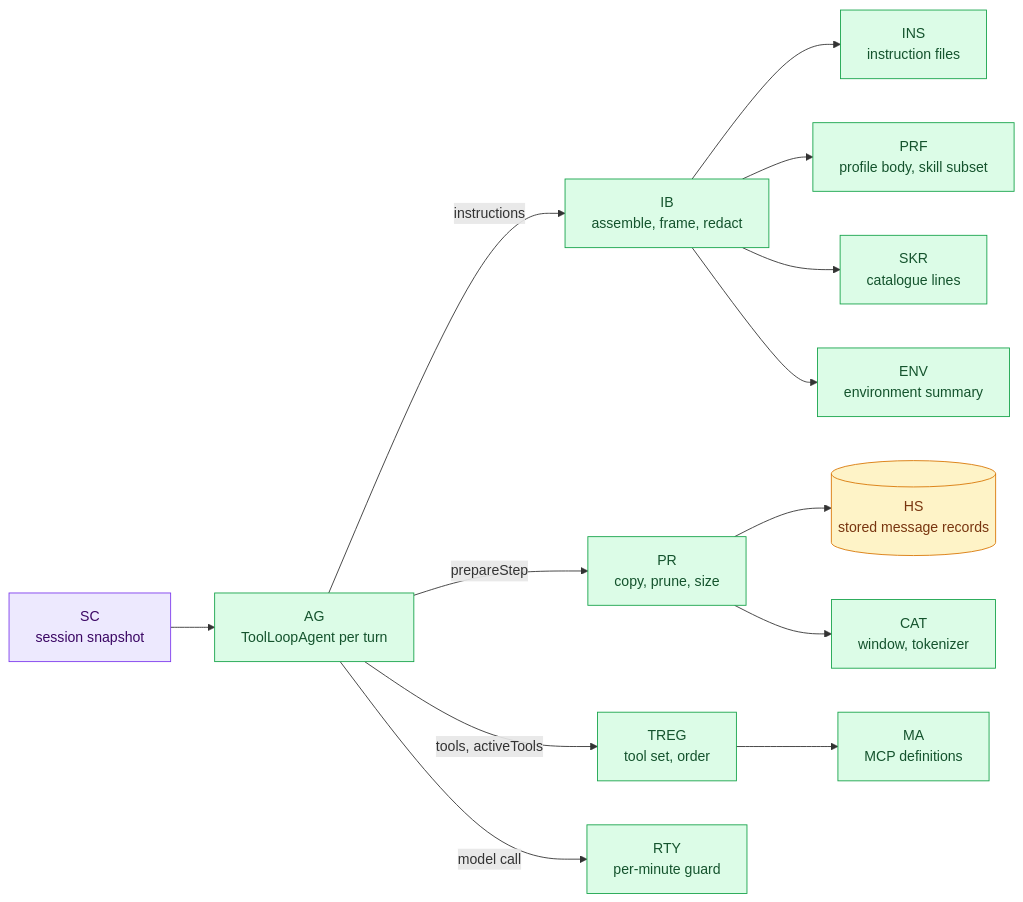
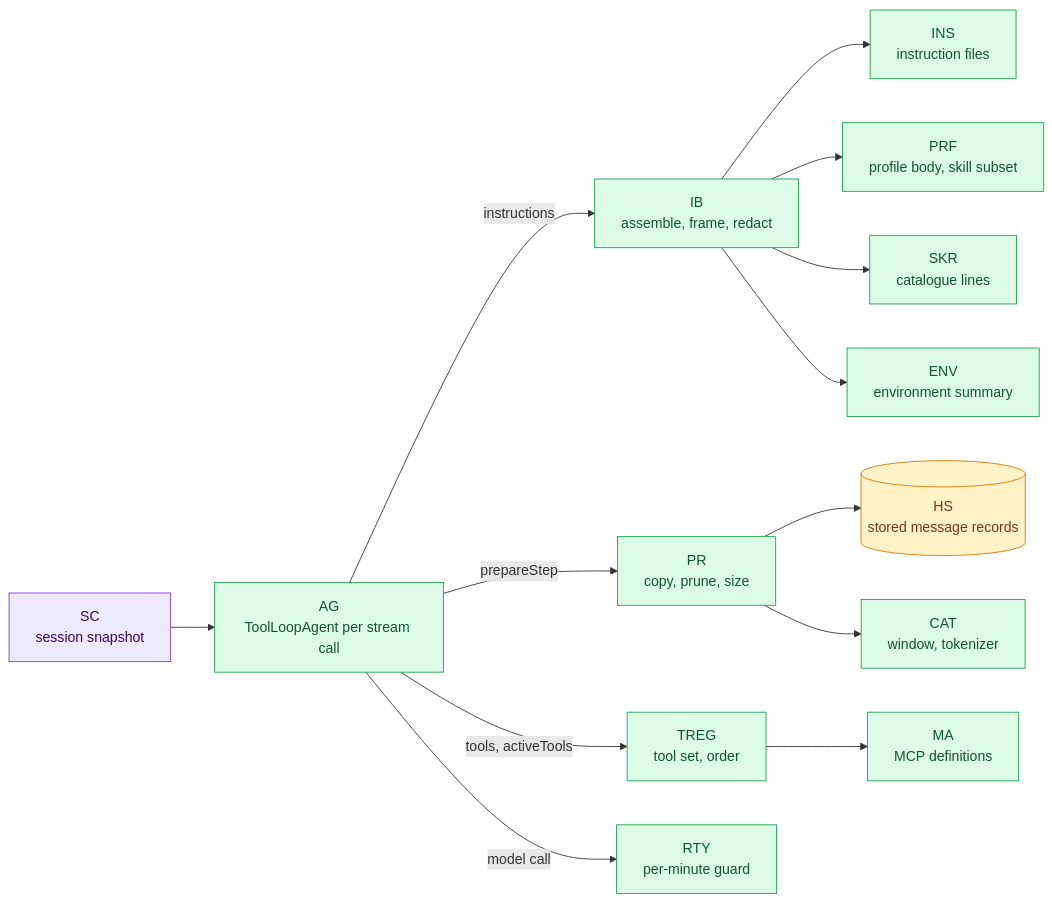
One commit to Dakshnagpal/antai-agent changed the second of 5 diagrams in docs/Deliverables/08_prompt_context_design.md. Above: the diagram before and after it, drawn with Mermaid. The commit also changed other lines of this file and 18 other files, not shown here.

````diff
--- a/docs/Deliverables/08_prompt_context_design.md
+++ b/docs/Deliverables/08_prompt_context_design.md
@@ -136,21 +141,21 @@
 ```mermaid
 flowchart LR
-    SC["SC<br/>session snapshot"] --> AG["AG<br/>ToolLoopAgent per turn"]
+    SC["SC<br/>session snapshot"] --> AG["AG<br/>ToolLoopAgent per stream call"]
     AG -- "instructions" --> IB["IB<br/>assemble, frame, redact"]
     IB --> INS["INS<br/>instruction files"]
     IB --> PRF["PRF<br/>profile body, skill subset"]
     IB --> SKR["SKR<br/>catalogue lines"]
     IB --> ENV["ENV<br/>environment summary"]
     AG -- "prepareStep" --> PR["PR<br/>copy, prune, size"]
     PR --> HS[("HS<br/>stored message records")]
     PR --> CAT["CAT<br/>window, tokenizer"]
     AG -- "tools, activeTools" --> TREG["TREG<br/>tool set, order"]
     TREG --> MA["MA<br/>MCP definitions"]
     AG -- "model call" --> RTY["RTY<br/>per-minute guard"]
     classDef orch fill:#ede9fe,stroke:#7c3aed,color:#3b0764
     classDef core fill:#dcfce7,stroke:#16a34a,color:#14532d
     classDef infra fill:#fef3c7,stroke:#d97706,color:#78350f
     class SC orch
     class AG,IB,INS,PRF,SKR,ENV,PR,CAT,TREG,MA,RTY core
     class HS infra
 ```
````
